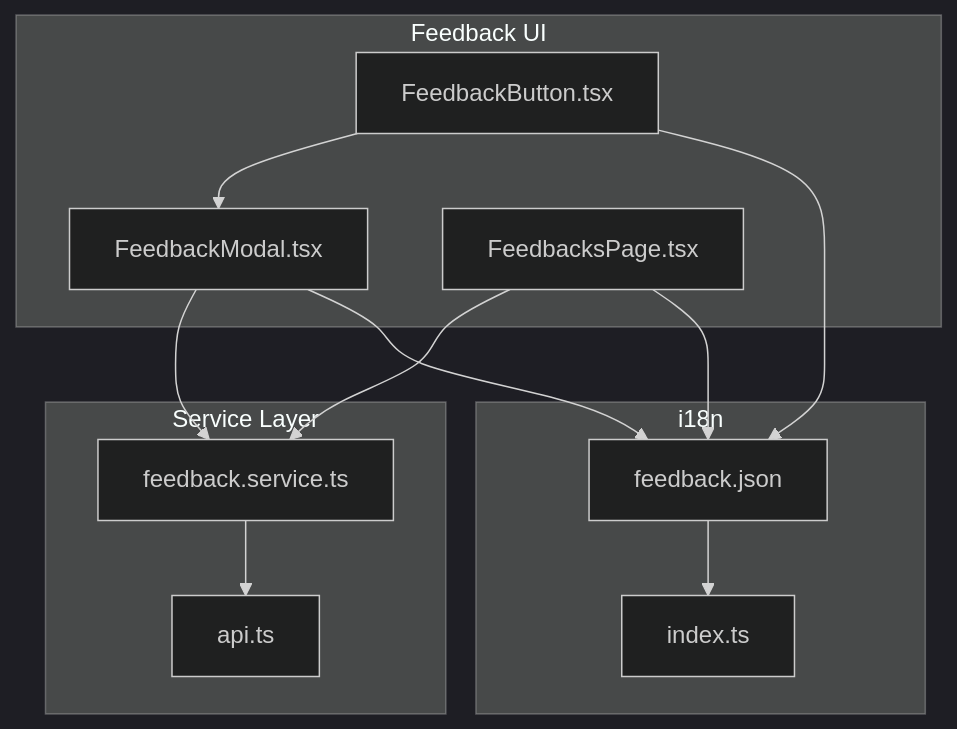
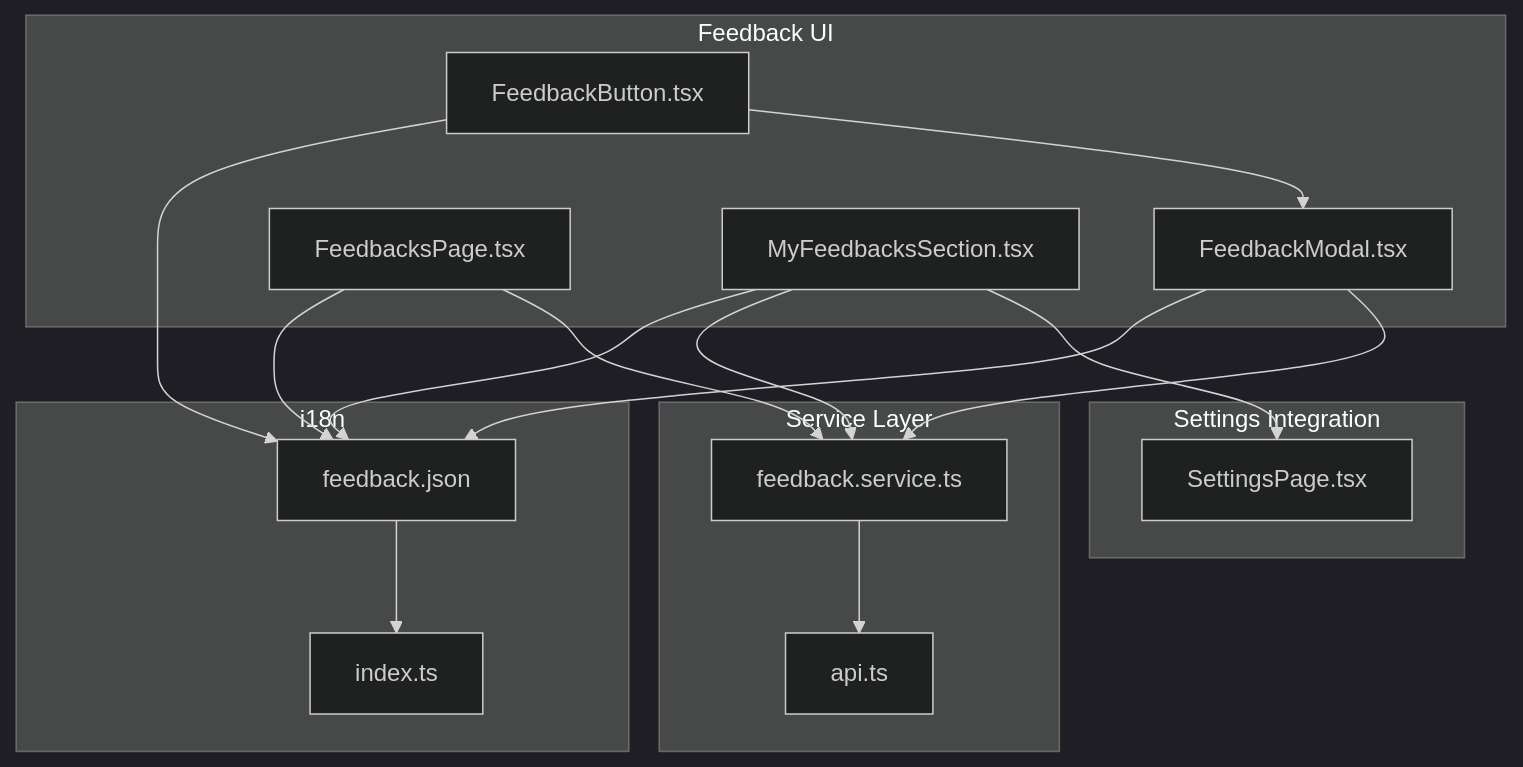
One commit to RobertRuas/windlog changed the first of 4 diagrams in .qoder/repowiki/en/content/Arquitetura Frontend/Módulo de Feedback - Frontend.md. Above: the diagram before and after it, drawn with Mermaid (dark theme). The commit also changed other lines of this file and 89 other files, not shown here.

````diff
--- a/.qoder/repowiki/en/content/Arquitetura Frontend/Módulo de Feedback - Frontend.md
+++ b/.qoder/repowiki/en/content/Arquitetura Frontend/Módulo de Feedback - Frontend.md
@@ -34,24 +46,31 @@
 ```mermaid
 graph TB
 subgraph "Feedback UI"
 FB_Button["FeedbackButton.tsx"]
 FB_Modal["FeedbackModal.tsx"]
 FB_Page["FeedbacksPage.tsx"]
+MF_Sections["MyFeedbacksSection.tsx"]
+end
+subgraph "Settings Integration"
+SP_Page["SettingsPage.tsx"]
+MF_Sections --> SP_Page
 end
 subgraph "Service Layer"
 FB_Service["feedback.service.ts"]
 API_Client["api.ts"]
 end
 subgraph "i18n"
 FB_Locales["feedback.json"]
 I18N_Index["index.ts"]
 end
 FB_Button --> FB_Modal
 FB_Page --> FB_Service
 FB_Modal --> FB_Service
+MF_Sections --> FB_Service
 FB_Service --> API_Client
 FB_Button --> FB_Locales
 FB_Modal --> FB_Locales
 FB_Page --> FB_Locales
+MF_Sections --> FB_Locales
 FB_Locales --> I18N_Index
 ```
````
